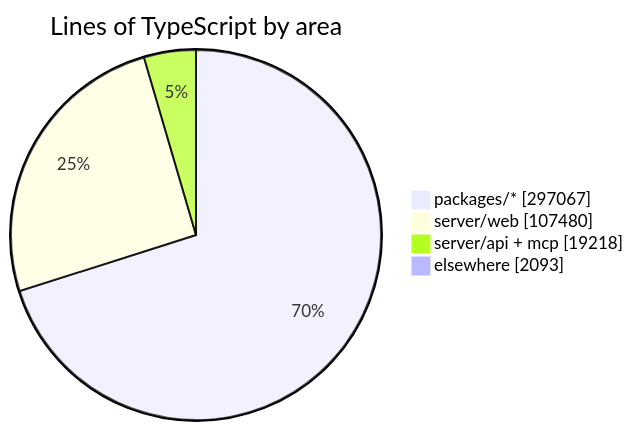
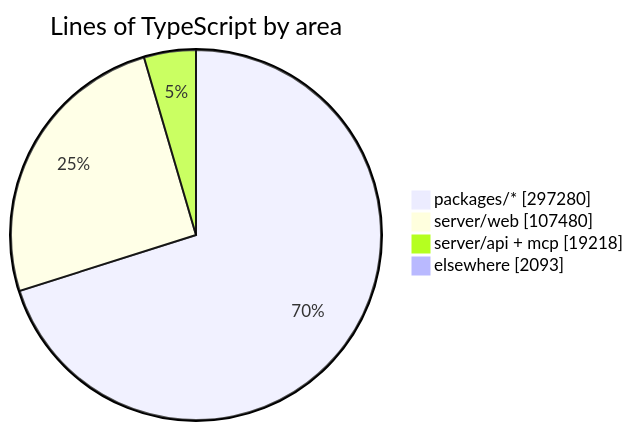
One commit to crossworks-engineering/mantle changed the diagram in README.md. Above: the diagram before and after it, drawn with Mermaid. The commit also changed other lines of this file and 2 other files, not shown here.

````diff
--- a/README.md
+++ b/README.md
@@ -294,7 +294,7 @@
 ```mermaid
 pie showData title Lines of TypeScript by area
-    "packages/*" : 297067
+    "packages/*" : 297280
     "server/web" : 107480
     "server/api + mcp" : 19218
     "elsewhere" : 2093
 ```
````
